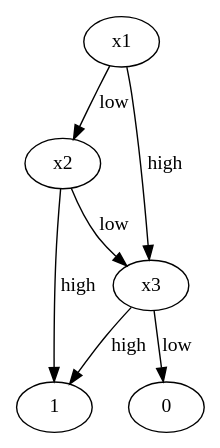
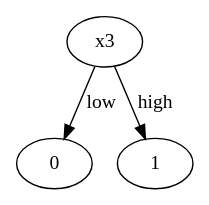
One commit to aptx4869tjx/bdd changed the diagram in fsm.gv. Above: the diagram before and after it, drawn with Graphviz. The commit also changed 2 other files, not shown here.

```diff
--- a/fsm.gv
+++ b/fsm.gv
@@ -1,25 +1,9 @@
 digraph finite_state_machine {
-	x15 [label=x1]
-	x24 [label=x2]
-	x15 -> x24 [label=low]
-	x15 [label=x1]
-	x15 -> x33 [label=high]
-	x24 [label=x2]
-	x33 [label=x3]
-	x24 -> x33 [label=low]
-	1
-	x24 -> 1 [label=high]
 	x33 [label=x3]
 	0
 	x33 -> 0 [label=low]
 	1
 	x33 -> 1 [label=high]
-	x33 [label=x3]
-	0
-	1
-	1
-	0
-	1
 	0
 	1
 }
```
